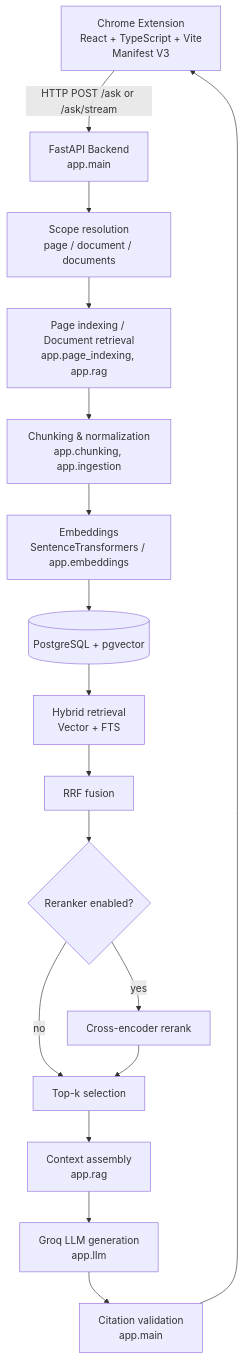
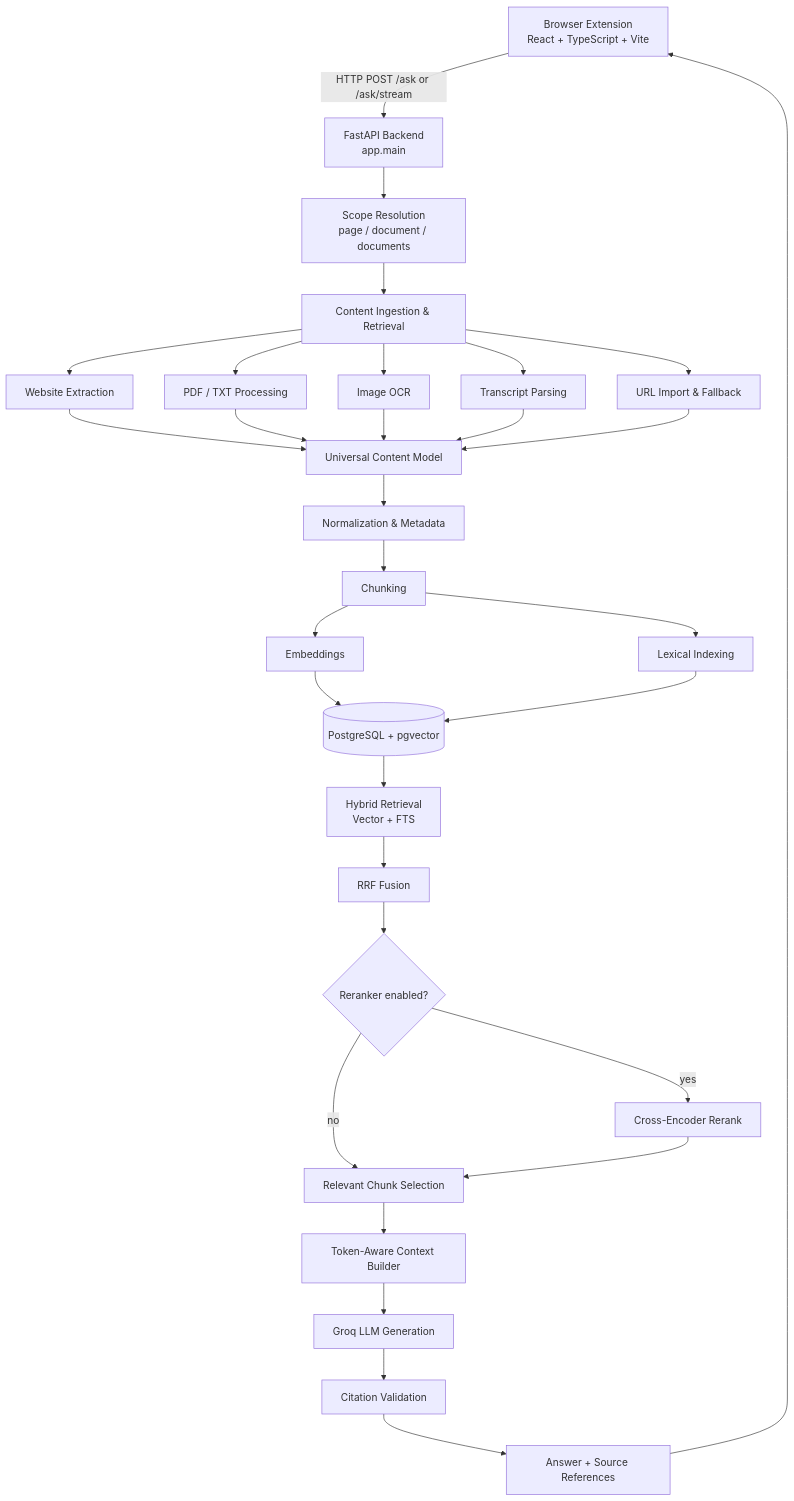
One commit to anshh-py/PageGlance changed the third of 3 diagrams in README.md. Above: the diagram before and after it, drawn with Mermaid. The commit also changed other lines of this file, not shown here.

````diff
--- a/README.md
+++ b/README.md
@@ -633,19 +795,40 @@
 ```mermaid
 flowchart TD
-    A[Chrome Extension<br/>React + TypeScript + Vite<br/>Manifest V3] -->|HTTP POST /ask or /ask/stream| B[FastAPI Backend<br/>app.main]
-    B --> C[Scope resolution<br/>page / document / documents]
-    C --> D[Page indexing / Document retrieval<br/>app.page_indexing, app.rag]
-    D --> E[Chunking & normalization<br/>app.chunking, app.ingestion]
-    E --> F[Embeddings<br/>SentenceTransformers / app.embeddings]
-    F --> G[(PostgreSQL + pgvector)]
-    G --> H[Hybrid retrieval<br/>Vector + FTS]
-    H --> I[RRF fusion]
-    I --> J{Reranker enabled?}
-    J -->|yes| K[Cross-encoder rerank]
-    J -->|no| L[Top-k selection]
-    K --> L
-    L --> M[Context assembly<br/>app.rag]
-    M --> N[Groq LLM generation<br/>app.llm]
-    N --> O[Citation validation<br/>app.main]
-    O --> A
+    A["Browser Extension<br/>React + TypeScript + Vite"] -->|HTTP POST /ask or /ask/stream| B["FastAPI Backend<br/>app.main"]
+
+    B --> C["Scope Resolution<br/>page / document / documents"]
+    C --> D["Content Ingestion & Retrieval"]
+
+    D --> E["Website Extraction"]
+    D --> F["PDF / TXT Processing"]
+    D --> G["Image OCR"]
+    D --> H["Transcript Parsing"]
+    D --> I["URL Import & Fallback"]
+
+    E --> J["Universal Content Model"]
+    F --> J
+    G --> J
+    H --> J
+    I --> J
+
+    J --> K["Normalization & Metadata"]
+    K --> L["Chunking"]
+    L --> M["Embeddings"]
+    L --> N["Lexical Indexing"]
+
+    M --> O[(PostgreSQL + pgvector)]
+    N --> O
+
+    O --> P["Hybrid Retrieval<br/>Vector + FTS"]
+    P --> Q["RRF Fusion"]
+    Q --> R{Reranker enabled?}
+    R -->|yes| S["Cross-Encoder Rerank"]
+    R -->|no| T["Relevant Chunk Selection"]
+    S --> T
+
+    T --> U["Token-Aware Context Builder"]
+    U --> V["Groq LLM Generation"]
+    V --> W["Citation Validation"]
+    W --> X["Answer + Source References"]
+    X --> A
 ```
````
